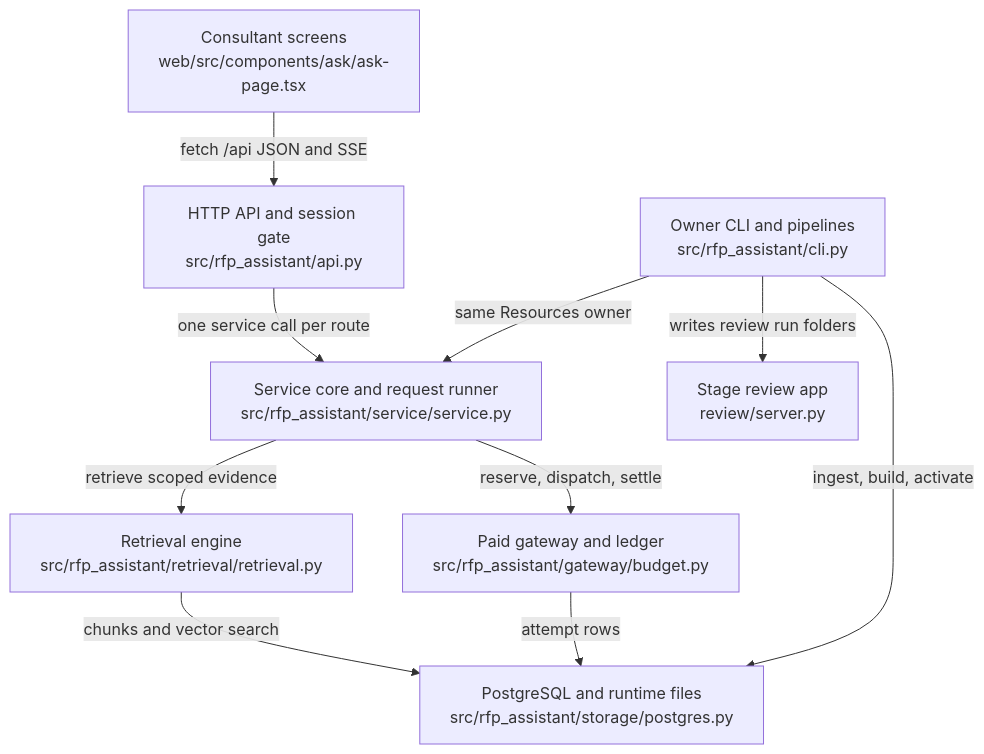
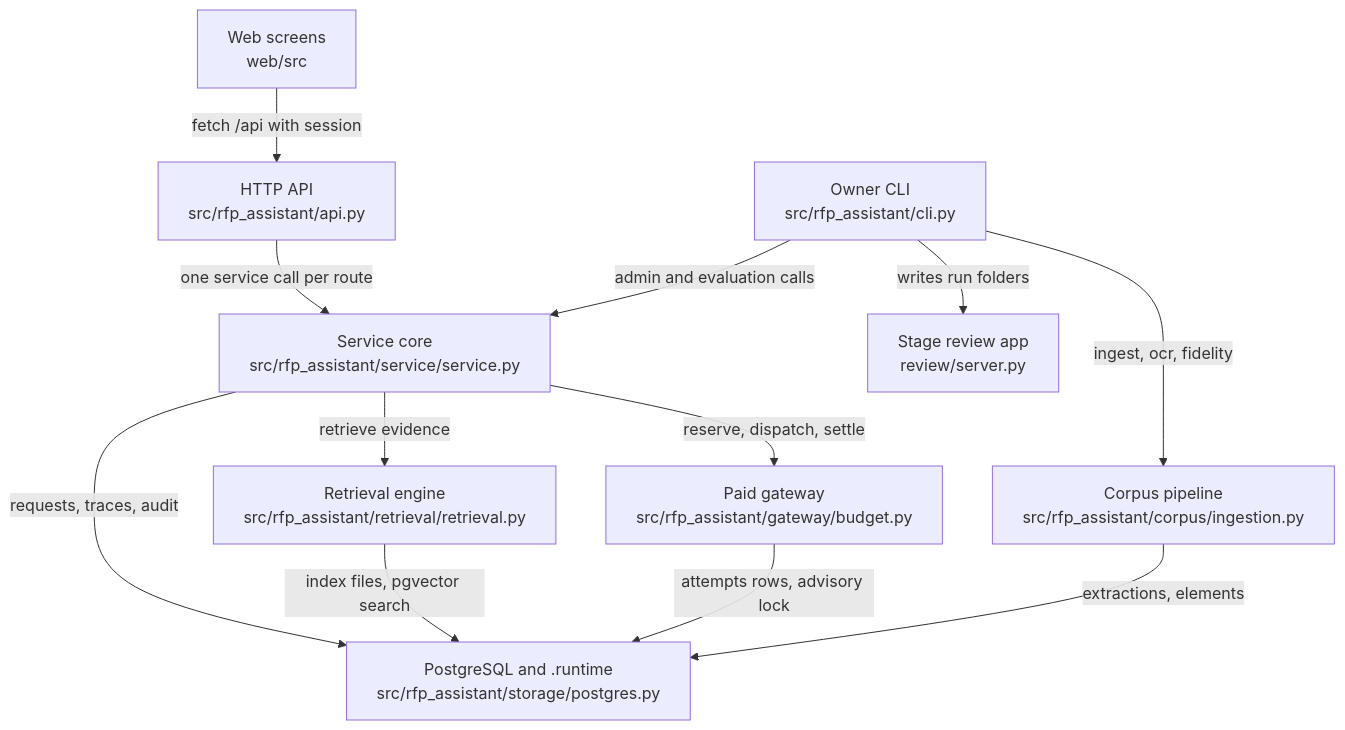
Before and after one commit to littleeeeebit/project-codeit-mid: the diagram in .omm/overall-architecture/diagram.mmd, drawn with Mermaid. The commit also changed 413 other files, not shown here.

```diff
--- a/.omm/overall-architecture/diagram.mmd
+++ b/.omm/overall-architecture/diagram.mmd
@@ -1,18 +1,21 @@
 graph TD
-  web-screens["Consultant screens\nweb/src/components/ask/ask-page.tsx"]
-  http-api["HTTP API and session gate\nsrc/rfp_assistant/api.py"]
-  service-core["Service core and request runner\nsrc/rfp_assistant/service/service.py"]
+  web-screens["Web screens\nweb/src"]
+  http-api["HTTP API\nsrc/rfp_assistant/api.py"]
+  service-core["Service core\nsrc/rfp_assistant/service/service.py"]
   retrieval-engine["Retrieval engine\nsrc/rfp_assistant/retrieval/retrieval.py"]
-  paid-gateway["Paid gateway and ledger\nsrc/rfp_assistant/gateway/budget.py"]
-  storage-layer["PostgreSQL and runtime files\nsrc/rfp_assistant/storage/postgres.py"]
-  owner-cli["Owner CLI and pipelines\nsrc/rfp_assistant/cli.py"]
-  stage-review["Stage review app\nreview/server.py"]
-  web-screens -->|fetch /api JSON and SSE| http-api
-  http-api -->|one service call per route| service-core
-  service-core -->|retrieve scoped evidence| retrieval-engine
-  service-core -->|reserve, dispatch, settle| paid-gateway
-  retrieval-engine -->|chunks and vector search| storage-layer
-  paid-gateway -->|attempt rows| storage-layer
-  owner-cli -->|ingest, build, activate| storage-layer
-  owner-cli -->|same Resources owner| service-core
-  owner-cli -->|writes review run folders| stage-review
+  paid-gateway["Paid gateway\nsrc/rfp_assistant/gateway/budget.py"]
+  storage["PostgreSQL and .runtime\nsrc/rfp_assistant/storage/postgres.py"]
+  corpus-pipeline["Corpus pipeline\nsrc/rfp_assistant/corpus/ingestion.py"]
+  owner-cli["Owner CLI\nsrc/rfp_assistant/cli.py"]
+  stage-review-app["Stage review app\nreview/server.py"]
+  web-screens -->|"fetch /api with session"| http-api
+  http-api -->|"one service call per route"| service-core
+  service-core -->|"retrieve evidence"| retrieval-engine
+  service-core -->|"reserve, dispatch, settle"| paid-gateway
+  service-core -->|"requests, traces, audit"| storage
+  retrieval-engine -->|"index files, pgvector search"| storage
+  paid-gateway -->|"attempts rows, advisory lock"| storage
+  owner-cli -->|"ingest, ocr, fidelity"| corpus-pipeline
+  corpus-pipeline -->|"extractions, elements"| storage
+  owner-cli -->|"admin and evaluation calls"| service-core
+  owner-cli -->|"writes run folders"| stage-review-app
```
